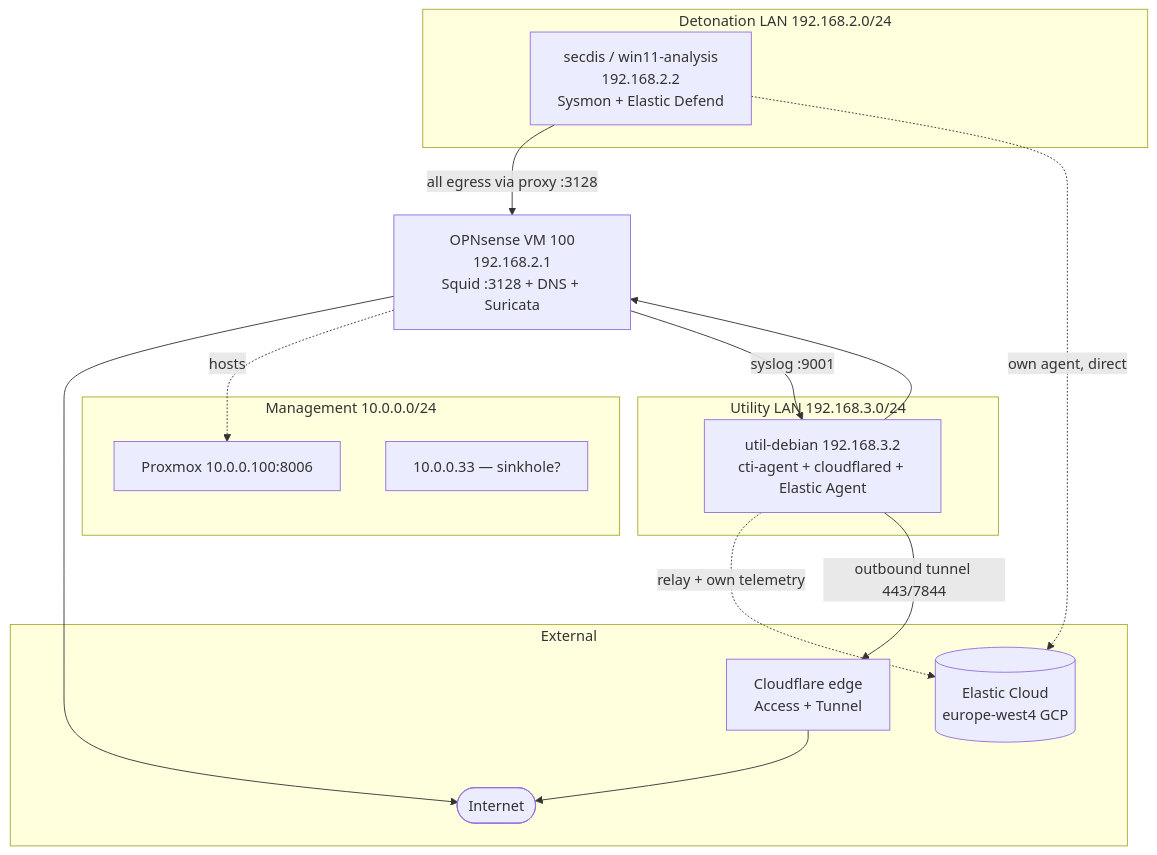
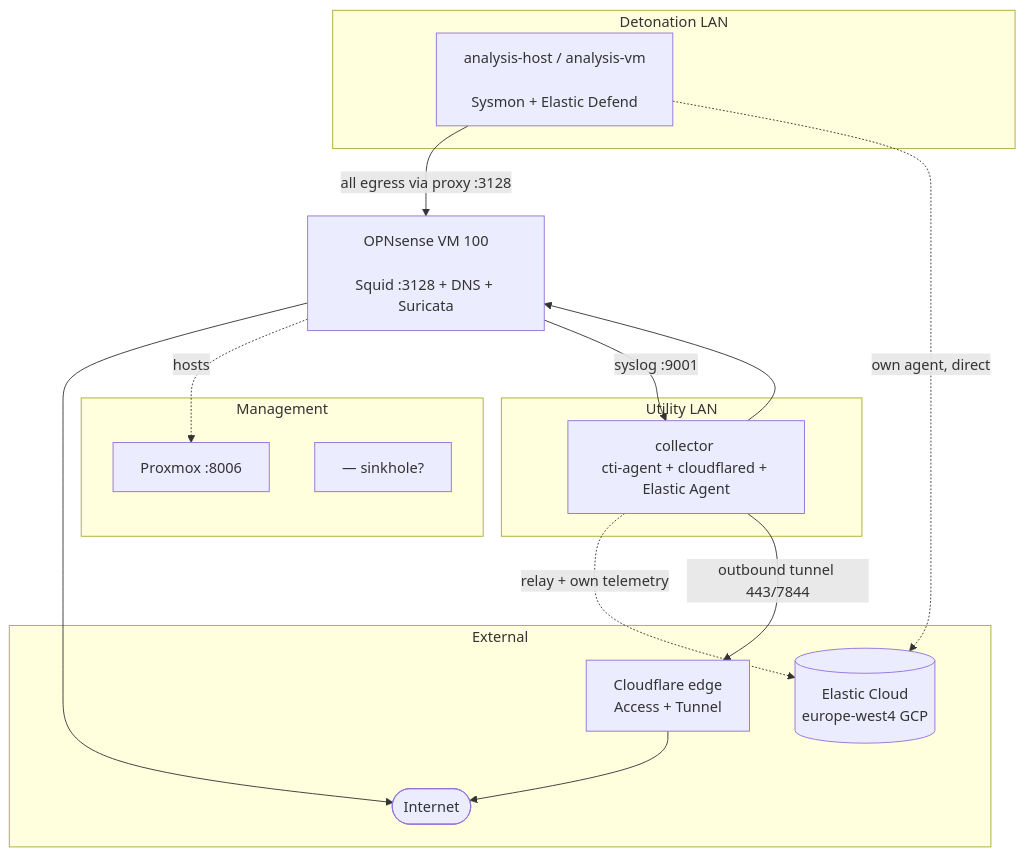
The diagram in lab/00-overview.md (Security-Distractions/cti-driven-detection-engine), drawn with Mermaid before and after one commit. The commit also changed other lines of this file and 21 other files, not shown here.

````diff
--- a/lab/00-overview.md
+++ b/lab/00-overview.md
@@ -134,29 +134,29 @@
 ```mermaid
 graph TB
     subgraph EXT["External"]
         INET([Internet])
         CF[Cloudflare edge<br/>Access + Tunnel]
         EC[(Elastic Cloud<br/>europe-west4 GCP)]
     end
-    subgraph MGMT["Management 10.0.0.0/24"]
-        PVE[Proxmox 10.0.0.100:8006]
-        SINK[10.0.0.33 — sinkhole?]
+    subgraph MGMT["Management <uplink-subnet>"]
+        PVE[Proxmox <proxmox-host>:8006]
+        SINK[<firewall-uplink> — sinkhole?]
     end
-    subgraph DIRTY["Detonation LAN 192.168.2.0/24"]
-        SEC[secdis / win11-analysis<br/>192.168.2.2<br/>Sysmon + Elastic Defend]
+    subgraph DIRTY["Detonation LAN <detonation-subnet>"]
+        SEC[analysis-host / analysis-vm<br/><analysis-host-ip><br/>Sysmon + Elastic Defend]
     end
-    subgraph UTIL["Utility LAN 192.168.3.0/24"]
-        UD[util-debian 192.168.3.2<br/>cti-agent + cloudflared + Elastic Agent]
+    subgraph UTIL["Utility LAN <mgmt-subnet>"]
+        UD[collector <collector-ip><br/>cti-agent + cloudflared + Elastic Agent]
     end
-    OPN[OPNsense VM 100<br/>192.168.2.1<br/>Squid :3128 + DNS + Suricata]
+    OPN[OPNsense VM 100<br/><firewall-detonation-if><br/>Squid :3128 + DNS + Suricata]
 
     SEC -->|all egress via proxy :3128| OPN
     OPN --> INET
     UD --> OPN
     OPN -.hosts.-> PVE
     SEC -.own agent, direct.-> EC
     OPN -->|syslog :9001| UD
     UD -.relay + own telemetry.-> EC
     UD -->|outbound tunnel 443/7844| CF
     CF --> INET
 ```
````
